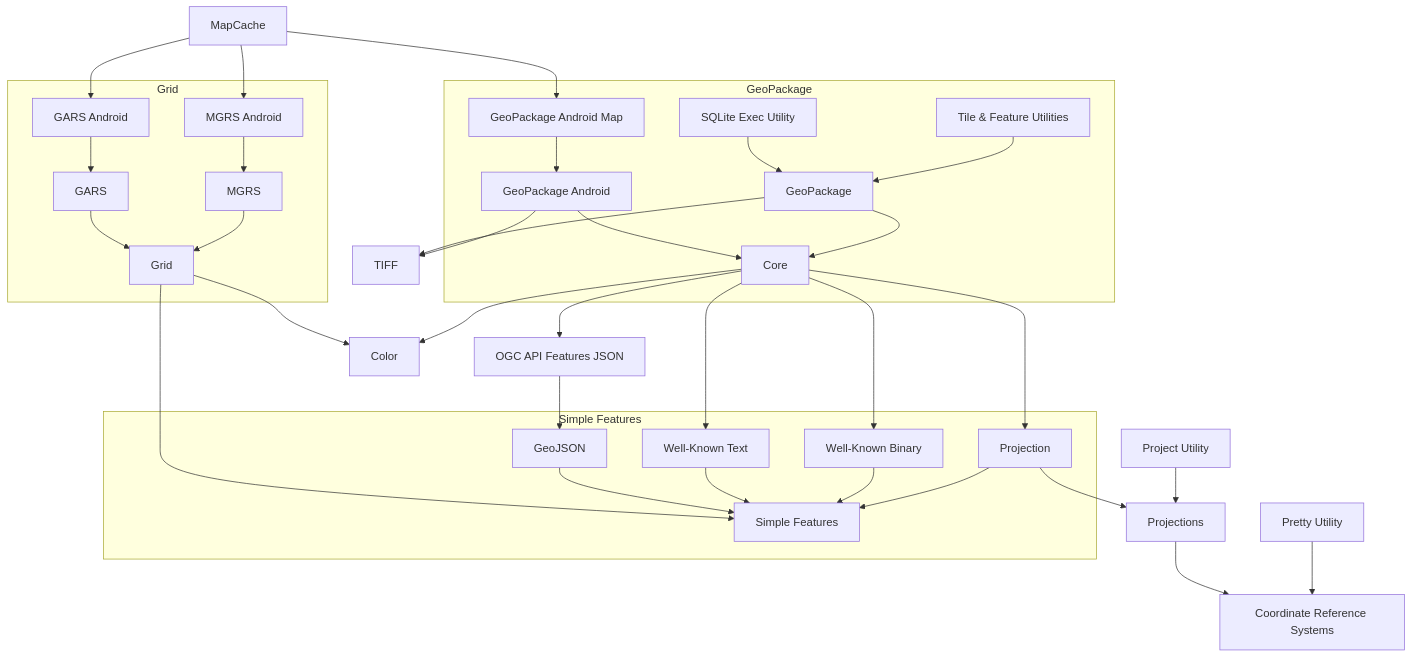
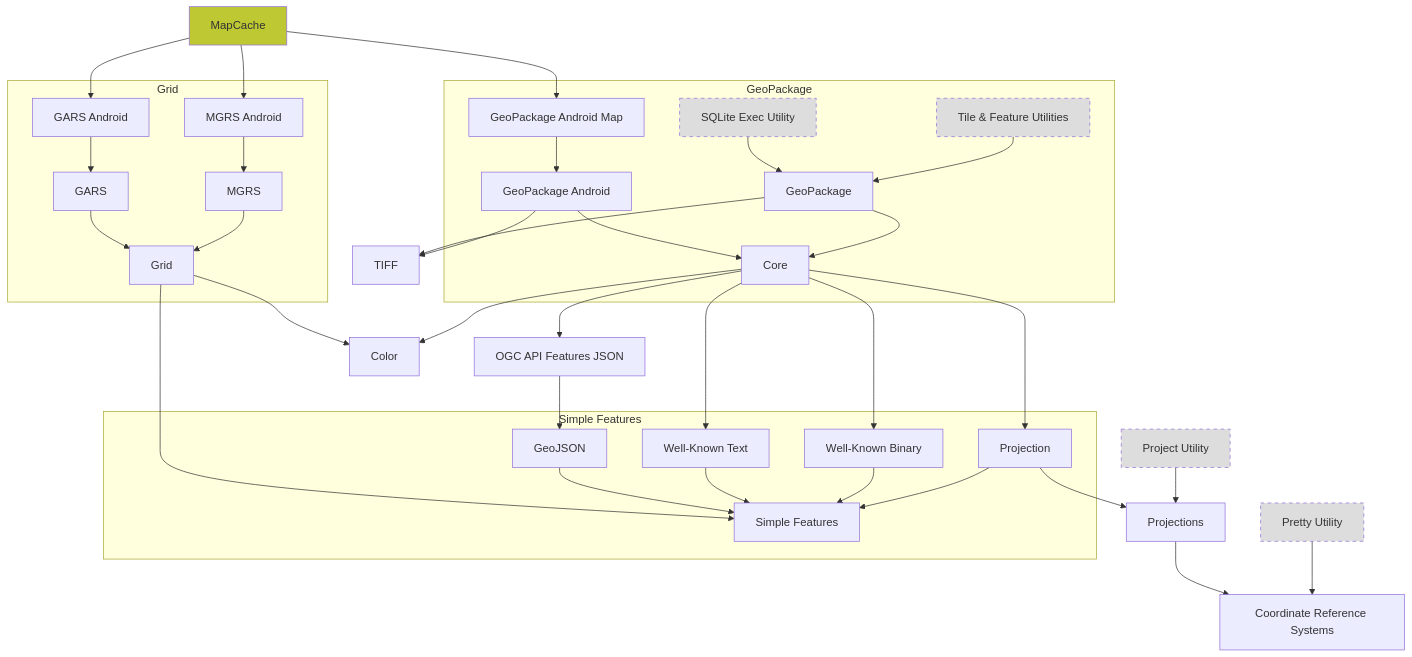
Before and after one commit to ngageoint/GeoPackage: the diagram in DependencyJavaAndroid.md, drawn with Mermaid.

````diff
--- a/DependencyJavaAndroid.md
+++ b/DependencyJavaAndroid.md
@@ -3,43 +3,76 @@
 ```mermaid
 graph TD;
+
     MapCache-->GP_AndroidMap
     MapCache-->GD_MGRSAndroid
     MapCache-->GD_GARSAndroid
     subgraph GeoPackage
         GP_Utilities[Tile & Feature Utilities]-->GP
         GP_SQLiteExec[SQLite Exec Utility]-->GP
         GP[GeoPackage]-->GP_Core
         GP_AndroidMap[GeoPackage Android Map]-->GP_Android
         GP_Android[GeoPackage Android]-->GP_Core
         GP_Core[Core]
     end
     GP_Android-->TIFF
     GP-->TIFF
     GP_Core-->SF_WKB
     GP_Core-->SF_WKT
     GP_Core-->SF_Projection
     GP_Core-->OGCAPIFeatures
     GP_Core-->Color
     OGCAPIFeatures[OGC API Features JSON]-->SF_GeoJSON
     subgraph Simple Features
         SF_Projection[Projection]-->SF
         SF_WKB[Well-Known Binary]-->SF
         SF_WKT[Well-Known Text]-->SF
         SF_GeoJSON[GeoJSON]-->SF
         SF[Simple Features]
     end
     SF_Projection-->Projections
     ProjectUtility[Project Utility]-->Projections
     PrettyUtility[Pretty Utility]-->CRS
     Projections-->CRS
     CRS[Coordinate Reference Systems]
     subgraph Grid
         GD_MGRSAndroid[MGRS Android]-->GD_MGRS
         GD_GARSAndroid[GARS Android]-->GD_GARS
         GD_MGRS[MGRS]-->GD
         GD_GARS[GARS]-->GD
         GD[Grid]
     end
     GD-->Color
     GD-->SF
+    
+    click MapCache "https://github.com/ngageoint/geopackage-mapcache-android" "MapCache Android" _blank
+    click GP_AndroidMap "https://github.com/ngageoint/geopackage-android-map" "GeoPackage Android Map" _blank
+    click GP_Android "https://github.com/ngageoint/geopackage-android" "GeoPackage Android" _blank
+    click GP_SQLiteExec "https://github.com/ngageoint/geopackage-java/tree/master/script/sqlite-exec" "SQLite Exec" _blank
+    click GP_Utilities "https://github.com/ngageoint/geopackage-java#standalone-utilities" "Standalone Utilities" _blank
+    click GP "https://github.com/ngageoint/geopackage-java" "GeoPackage Java" _blank
+    click GP_Core "https://github.com/ngageoint/geopackage-core-java" "GeoPackage Core Java" _blank
+    click TIFF "https://github.com/ngageoint/tiff-java" "TIFF Java" _blank
+    click GD_GARSAndroid "https://github.com/ngageoint/gars-android" "GARS Android" _blank
+    click GD_MGRSAndroid "https://github.com/ngageoint/mgrs-android" "MGRS Android" _blank
+    click GD_GARS "https://github.com/ngageoint/gars-java" "GARS Java" _blank
+    click GD_MGRS "https://github.com/ngageoint/mgrs-java" "MGRS Java" _blank
+    click GD "https://github.com/ngageoint/grid-java" "Grid Java" _blank
+    click Color "https://github.com/ngageoint/color-java" "Color Java" _blank
+    click OGCAPIFeatures "https://github.com/ngageoint/ogc-api-features-json-java" "OGC API Features JSON Java" _blank
+    click SF_Projection "https://github.com/ngageoint/simple-features-proj-java" "Simple Features Projection Java" _blank
+    click SF_WKB "https://github.com/ngageoint/simple-features-wkb-java" "Simple Features WKB Java" _blank
+    click SF_WKT "https://github.com/ngageoint/simple-features-wkt-java" "Simple Features WKT Java" _blank
+    click SF_GeoJSON "https://github.com/ngageoint/simple-features-geojson-java" "Simple Features GeoJSON Java" _blank
+    click SF "https://github.com/ngageoint/simple-features-java" "Simple Features Java" _blank
+    click ProjectUtility "https://github.com/ngageoint/projections-java/tree/master/script/project" "Project" _blank
+    click Projections "https://github.com/ngageoint/projections-java" "Projections Java" _blank
+    click PrettyUtility "https://github.com/ngageoint/coordinate-reference-systems-java/tree/master/script/pretty" "Pretty" _blank
+    click CRS "https://github.com/ngageoint/coordinate-reference-systems-java" "Coordinate Reference Systems Java" _blank
+    
+    style MapCache fill:#bec833
+    style GP_Utilities fill:#ddd,stroke-dasharray: 5 5
+    style GP_SQLiteExec fill:#ddd,stroke-dasharray: 5 5
+    style ProjectUtility fill:#ddd,stroke-dasharray: 5 5
+    style PrettyUtility fill:#ddd,stroke-dasharray: 5 5
+    
 ```
````
